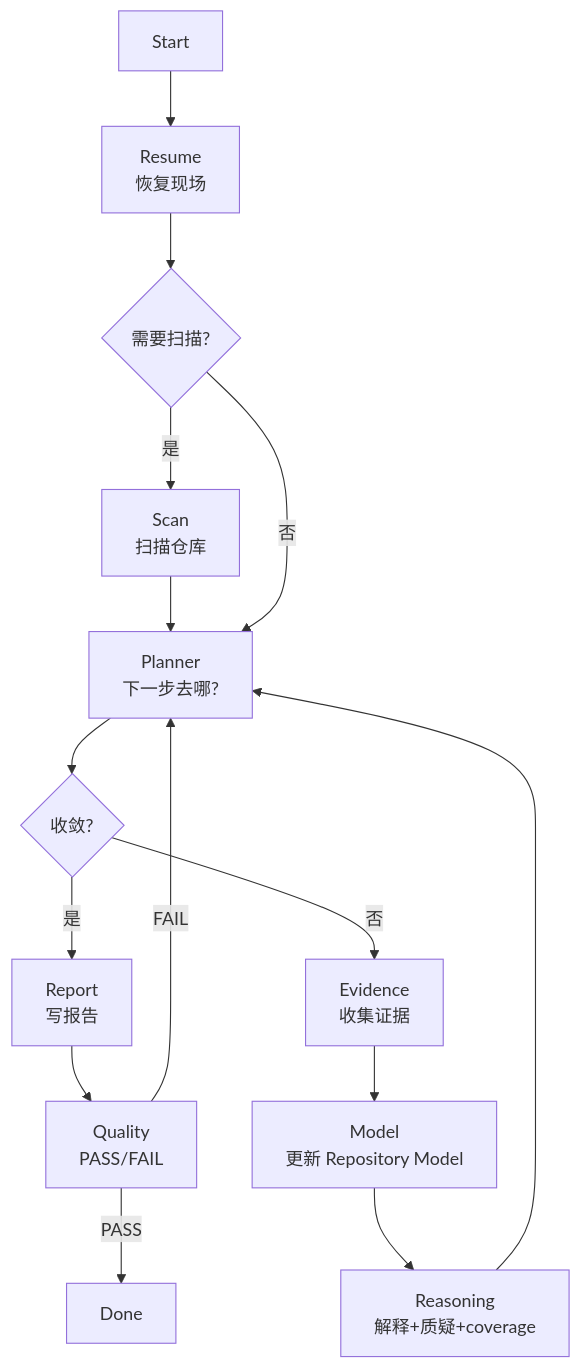
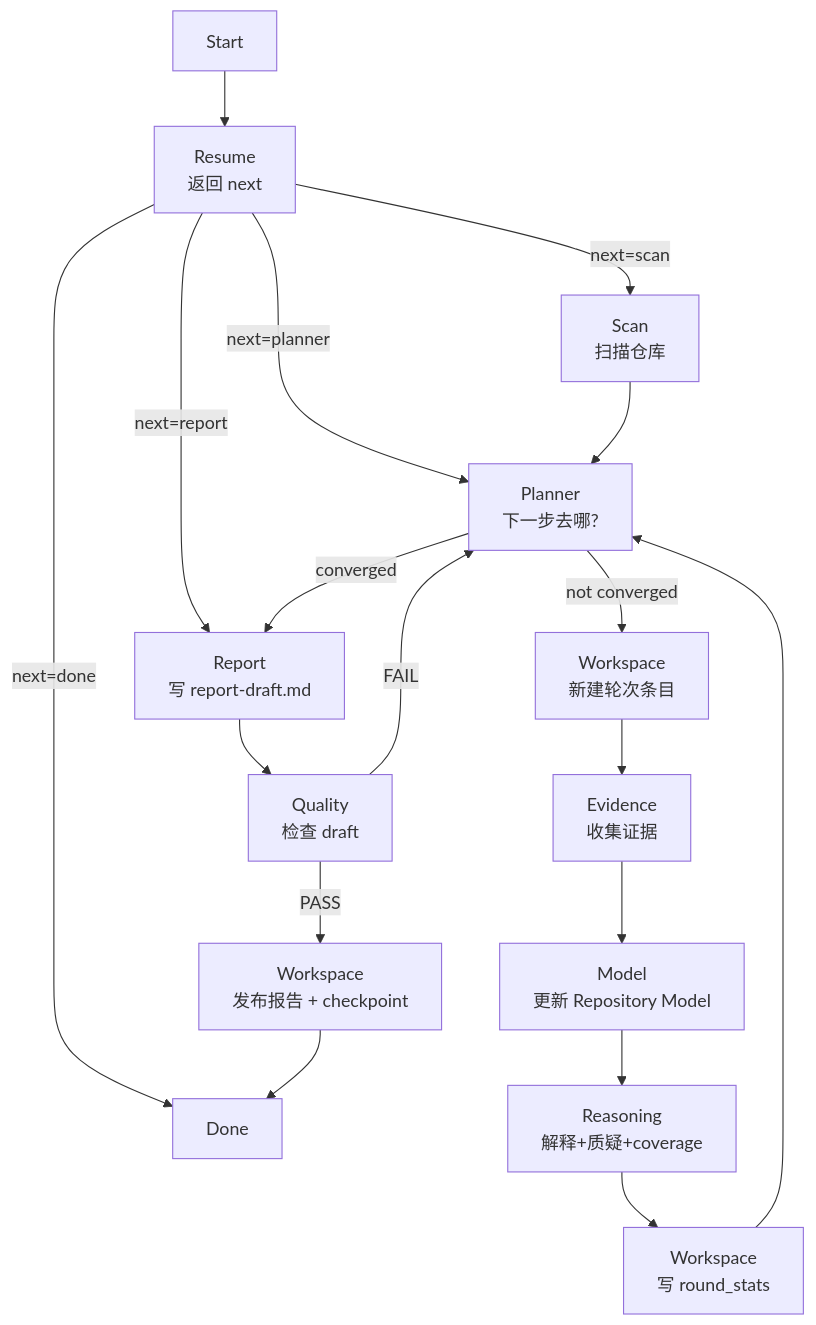
Before and after one commit to devweekly/devweekly.github.io: the diagram in .trae/skills/repo-research-v2/SKILL.md, drawn with Mermaid. The commit also changed other lines of this file and 12 other files, not shown here.

````diff
--- a/.trae/skills/repo-research-v2/SKILL.md
+++ b/.trae/skills/repo-research-v2/SKILL.md
@@ -18,17 +18,20 @@
 ```mermaid
 flowchart TD
-    Start[Start] --> Resume[Resume<br>恢复现场]
-    Resume --> NeedScan{需要扫描?}
-    NeedScan -- 是 --> Scan[Scan<br>扫描仓库]
-    Scan --> Planner
-    NeedScan -- 否 --> Planner[Planner<br>下一步去哪?]
-    Planner --> Converged{收敛?}
-    Converged -- 是 --> Report[Report<br>写报告]
-    Converged -- 否 --> Evidence[Evidence<br>收集证据]
+    Start[Start] --> Resume[Resume<br>返回 next]
+    Resume -->|next=scan| Scan[Scan<br>扫描仓库]
+    Resume -->|next=planner| Planner
+    Resume -->|next=report| Report
+    Resume -->|next=done| Done[Done]
+    Scan --> Planner[Planner<br>下一步去哪?]
+    Planner -->|converged| Report[Report<br>写 report-draft.md]
+    Planner -->|not converged| WS1[Workspace<br>新建轮次条目]
+    WS1 --> Evidence[Evidence<br>收集证据]
     Evidence --> Model[Model<br>更新 Repository Model]
     Model --> Reasoning[Reasoning<br>解释+质疑+coverage]
-    Reasoning --> Planner
-    Report --> Quality[Quality<br>PASS/FAIL]
-    Quality -- FAIL --> Planner
-    Quality -- PASS --> Done[Done]
+    Reasoning --> WS2[Workspace<br>写 round_stats]
+    WS2 --> Planner
+    Report --> Quality[Quality<br>检查 draft]
+    Quality -->|FAIL| Planner
+    Quality -->|PASS| WS3[Workspace<br>发布报告 + checkpoint]
+    WS3 --> Done
 ```
````
